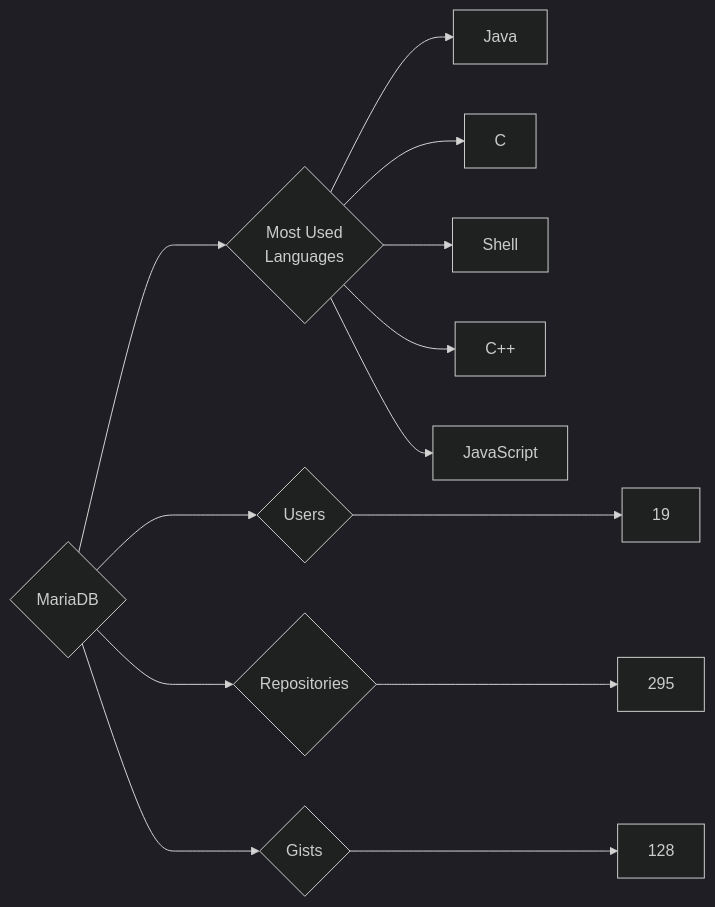
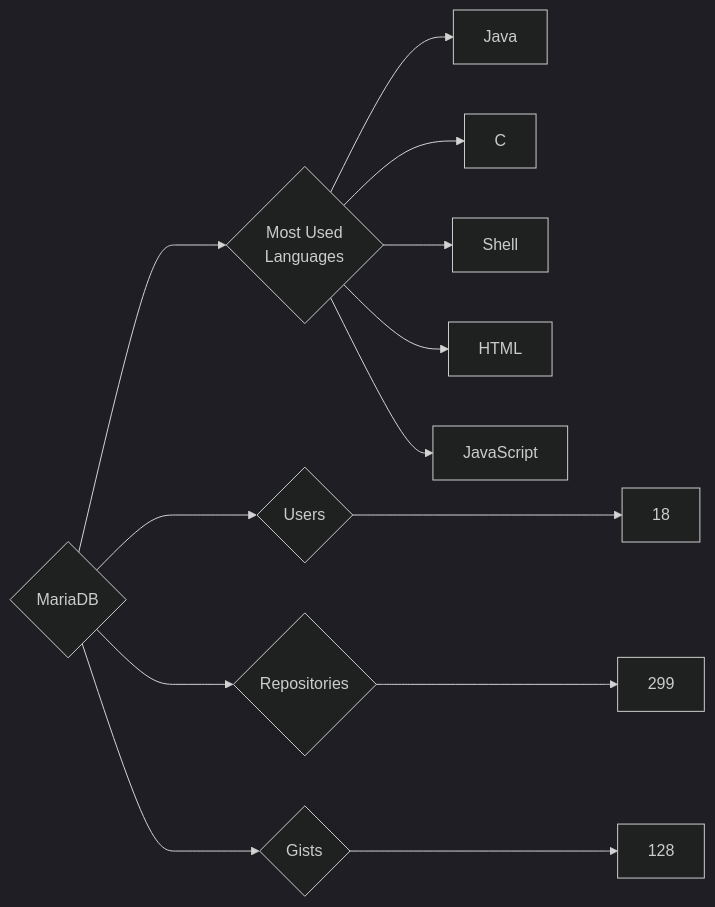
The diagram in targets/MariaDB/README.md (trickest/insiders), drawn with Mermaid (dark theme) before and after one commit. The commit also changed 951 other files, not shown here.

````diff
--- a/targets/MariaDB/README.md
+++ b/targets/MariaDB/README.md
@@ -3,13 +3,13 @@
 ```mermaid
 graph LR
 COMPANY_NAME{MariaDB}
-COMPANY_NAME ---> U{Users} ---> UN[19]
-COMPANY_NAME ---> R{Repositories} ---> RN[295]
+COMPANY_NAME ---> U{Users} ---> UN[18]
+COMPANY_NAME ---> R{Repositories} ---> RN[299]
 COMPANY_NAME ---> G{Gists} ---> GN[128]
 COMPANY_NAME ---> ML{Most Used<br>Languages}
 ML --> Java[Java]
 ML --> C[C]
 ML --> Shell[Shell]
-ML --> C++[C++]
+ML --> HTML[HTML]
 ML --> JavaScript[JavaScript]
 ```
````
